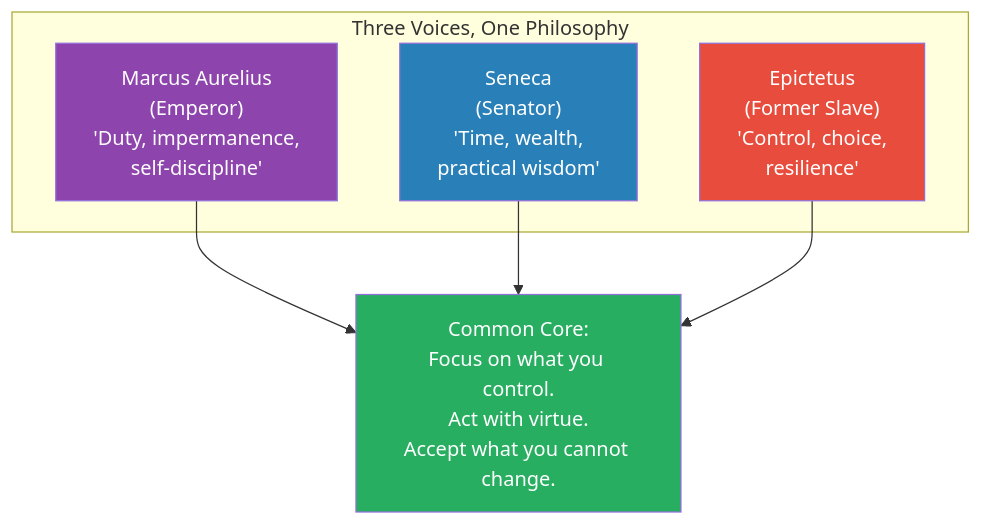
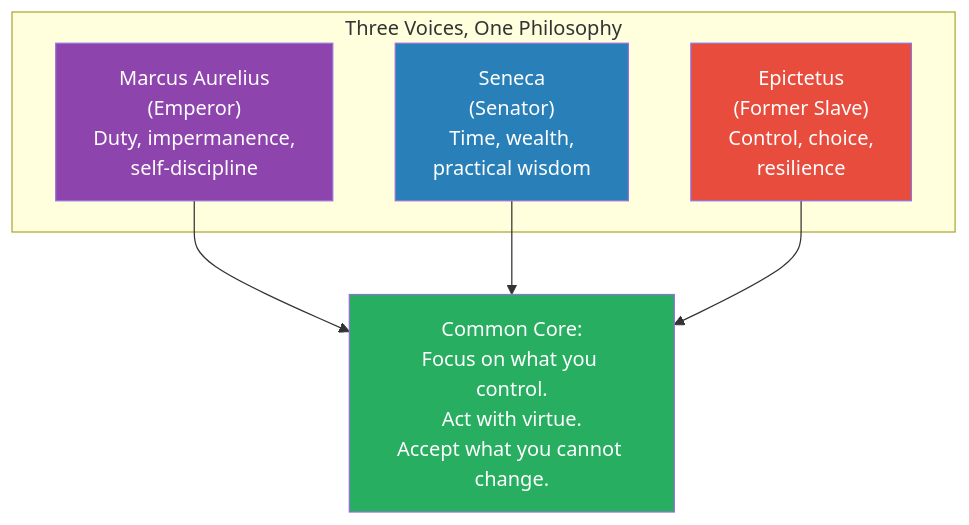
One commit to alius33/reader changed the second of 10 diagrams in summaries/Mindset & Self-Mastery/The Daily Stoic - Ryan Holiday.md. Above: the diagram before and after it, drawn with Mermaid. The commit also changed other lines of this file and 272 other files, not shown here.

````diff
--- a/summaries/Mindset & Self-Mastery/The Daily Stoic - Ryan Holiday.md
+++ b/summaries/Mindset & Self-Mastery/The Daily Stoic - Ryan Holiday.md
@@ -131,15 +208,15 @@
 ```mermaid
 flowchart TD
     subgraph THREE ["Three Voices, One Philosophy"]
-        M["Marcus Aurelius\n(Emperor)\n'Duty, impermanence,\nself-discipline'"]
-        S["Seneca\n(Senator)\n'Time, wealth,\npractical wisdom'"]
-        E["Epictetus\n(Former Slave)\n'Control, choice,\nresilience'"]
+        M["Marcus Aurelius<br>(Emperor)<br>Duty, impermanence,<br>self-discipline"]
+        S["Seneca<br>(Senator)<br>Time, wealth,<br>practical wisdom"]
+        E["Epictetus<br>(Former Slave)<br>Control, choice,<br>resilience"]
     end
-    M --> C["Common Core:\nFocus on what you control.\nAct with virtue.\nAccept what you cannot change."]
+    M --> C["Common Core:<br>Focus on what you control.<br>Act with virtue.<br>Accept what you cannot change."]
     S --> C
     E --> C
     style M fill:#8e44ad,color:#fff
     style S fill:#2980b9,color:#fff
     style E fill:#e74c3c,color:#fff
     style C fill:#27ae60,color:#fff
 ```
````
